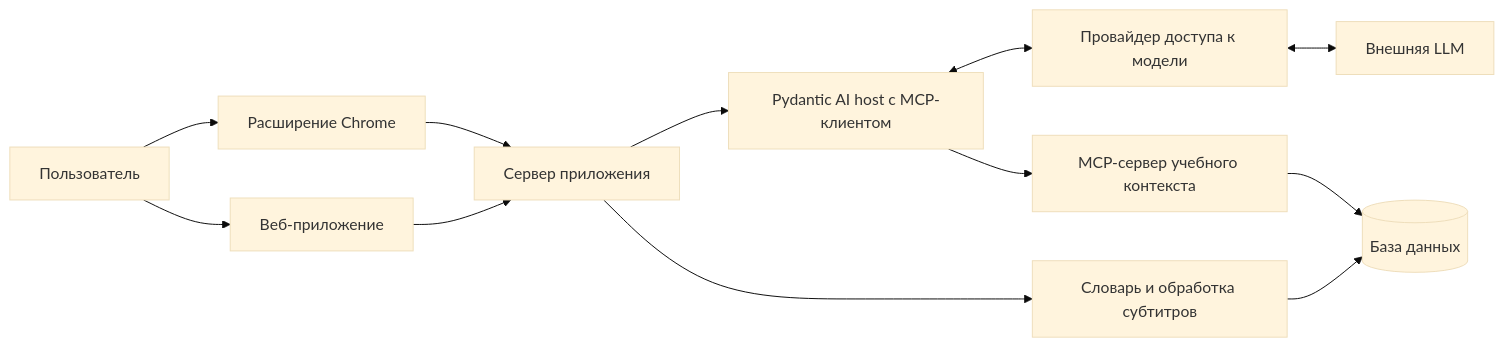
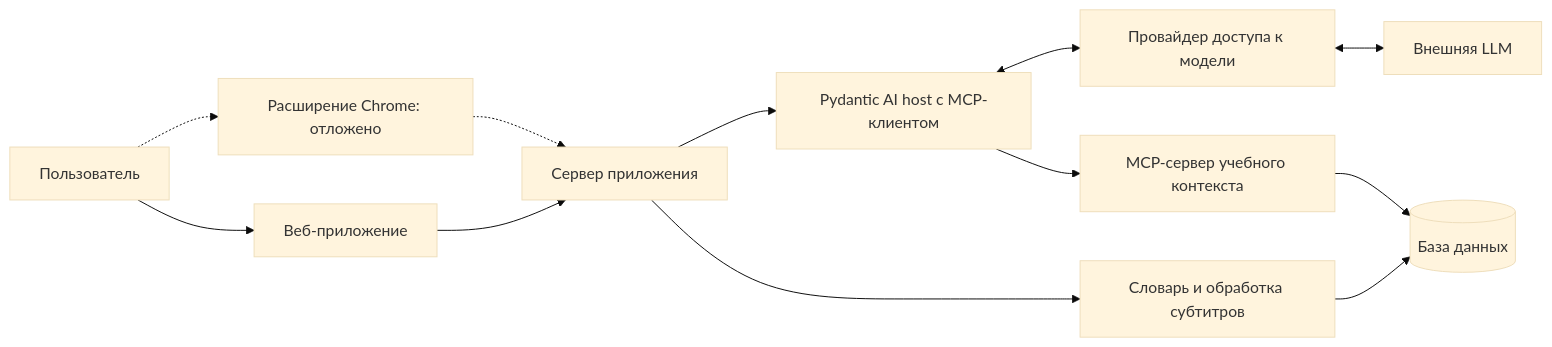
Before and after one commit to GlebNM/language_tutor: the diagram in SPEC.md, drawn with Mermaid (base theme). The commit also changed other lines of this file and 154 other files, not shown here.

````diff
--- a/SPEC.md
+++ b/SPEC.md
@@ -271,14 +403,14 @@
 ```mermaid
 flowchart LR
-    U[Пользователь] --> E[Расширение Chrome]
+    U[Пользователь] -.-> E[Расширение Chrome: отложено]
     U --> W[Веб-приложение]
-    E --> API[Сервер приложения]
+    E -.-> API[Сервер приложения]
     W --> API
     API --> H[Pydantic AI host с MCP-клиентом]
     H <--> P[Провайдер доступа к модели]
     P <--> LLM[Внешняя LLM]
     H --> MCP[MCP-сервер учебного контекста]
     MCP --> DB[(База данных)]
     API --> D[Словарь и обработка субтитров]
     D --> DB
 ```
````
